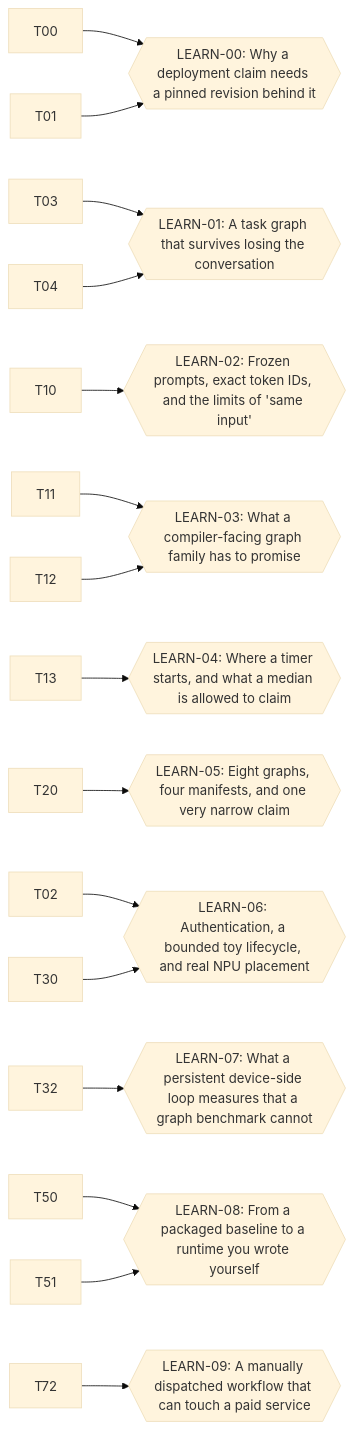
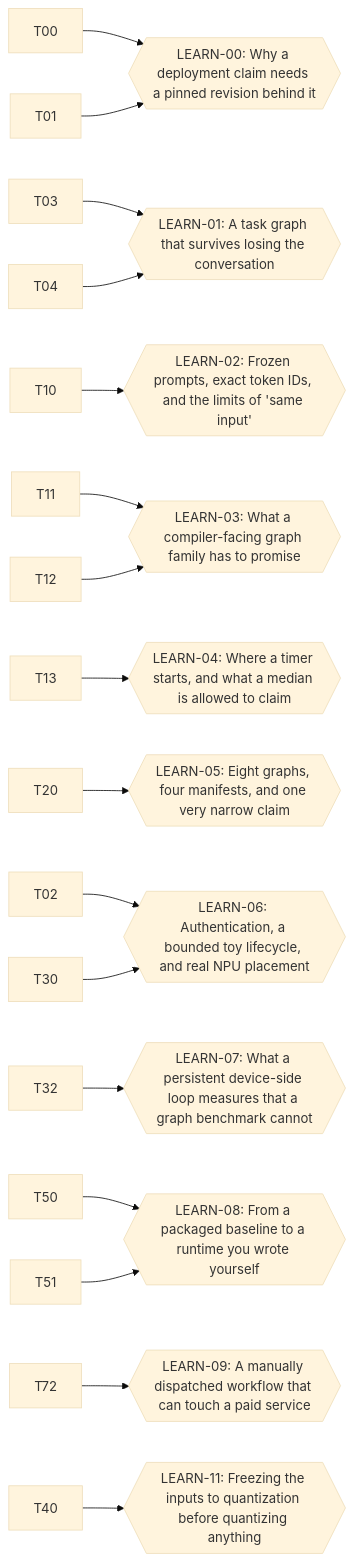
Before and after one commit to chayut-t/slm-deployment-lab: the second of 2 diagrams in ai/tasks/status.generated.md, drawn with Mermaid (base theme). The commit also changed other lines of this file and 25 other files, not shown here.

````diff
--- a/ai/tasks/status.generated.md
+++ b/ai/tasks/status.generated.md
@@ -150,28 +150,30 @@
 ```mermaid
 graph LR
     LEARN_00{{"LEARN-00: Why a deployment claim needs a pinned revision behind it"}}
     LEARN_01{{"LEARN-01: A task graph that survives losing the conversation"}}
     LEARN_02{{"LEARN-02: Frozen prompts, exact token IDs, and the limits of 'same input'"}}
     LEARN_03{{"LEARN-03: What a compiler-facing graph family has to promise"}}
     LEARN_04{{"LEARN-04: Where a timer starts, and what a median is allowed to claim"}}
     LEARN_05{{"LEARN-05: Eight graphs, four manifests, and one very narrow claim"}}
     LEARN_06{{"LEARN-06: Authentication, a bounded toy lifecycle, and real NPU placement"}}
     LEARN_07{{"LEARN-07: What a persistent device-side loop measures that a graph benchmark cannot"}}
     LEARN_08{{"LEARN-08: From a packaged baseline to a runtime you wrote yourself"}}
     LEARN_09{{"LEARN-09: A manually dispatched workflow that can touch a paid service"}}
+    LEARN_11{{"LEARN-11: Freezing the inputs to quantization before quantizing anything"}}
     T00 --> LEARN_00
     T01 --> LEARN_00
     T03 --> LEARN_01
     T04 --> LEARN_01
     T10 --> LEARN_02
     T11 --> LEARN_03
     T12 --> LEARN_03
     T13 --> LEARN_04
     T20 --> LEARN_05
     T02 --> LEARN_06
     T30 --> LEARN_06
     T32 --> LEARN_07
     T50 --> LEARN_08
     T51 --> LEARN_08
     T72 --> LEARN_09
+    T40 --> LEARN_11
 ```
````
